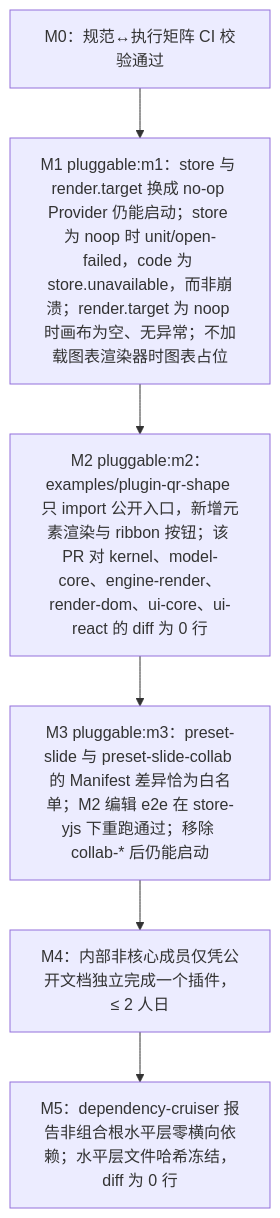
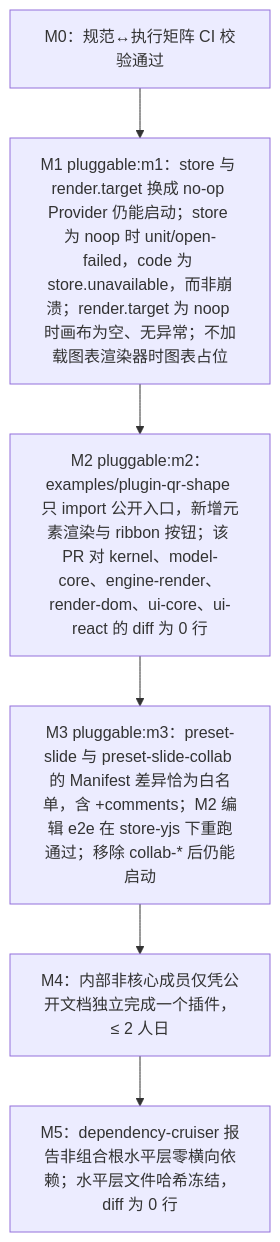
One commit to Xeonice/cordis-ppt-editor changed the third of 4 diagrams in docs/10-prd/05-milestones-and-scope.md. Above: the diagram before and after it, drawn with Mermaid. The commit also changed other lines of this file and 79 other files, not shown here.

````diff
--- a/docs/10-prd/05-milestones-and-scope.md
+++ b/docs/10-prd/05-milestones-and-scope.md
@@ -62,10 +62,10 @@
 ```mermaid
 flowchart TB
   m0["M0：规范↔执行矩阵 CI 校验通过"]
   m1["M1 pluggable:m1：store 与 render.target 换成 no-op Provider 仍能启动；store 为 noop 时 unit/open-failed，code 为 store.unavailable，而非崩溃；render.target 为 noop 时画布为空、无异常；不加载图表渲染器时图表占位"]
   m2["M2 pluggable:m2：examples/plugin-qr-shape 只 import 公开入口，新增元素渲染与 ribbon 按钮；该 PR 对 kernel、model-core、engine-render、render-dom、ui-core、ui-react 的 diff 为 0 行"]
-  m3["M3 pluggable:m3：preset-slide 与 preset-slide-collab 的 Manifest 差异恰为白名单；M2 编辑 e2e 在 store-yjs 下重跑通过；移除 collab-* 后仍能启动"]
+  m3["M3 pluggable:m3：preset-slide 与 preset-slide-collab 的 Manifest 差异恰为白名单，含 +comments；M2 编辑 e2e 在 store-yjs 下重跑通过；移除 collab-* 后仍能启动"]
   m4["M4：内部非核心成员仅凭公开文档独立完成一个插件，≤ 2 人日"]
   m5["M5：dependency-cruiser 报告非组合根水平层零横向依赖；水平层文件哈希冻结，diff 为 0 行"]
   m0 --> m1 --> m2 --> m3 --> m4 --> m5
 ```
````
